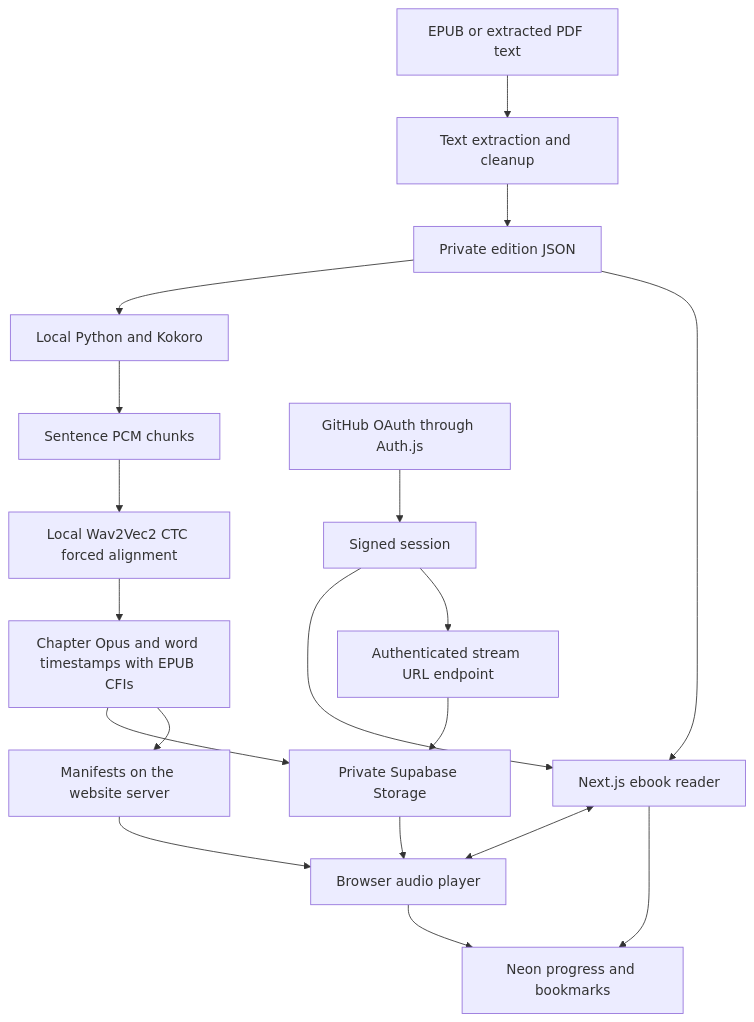
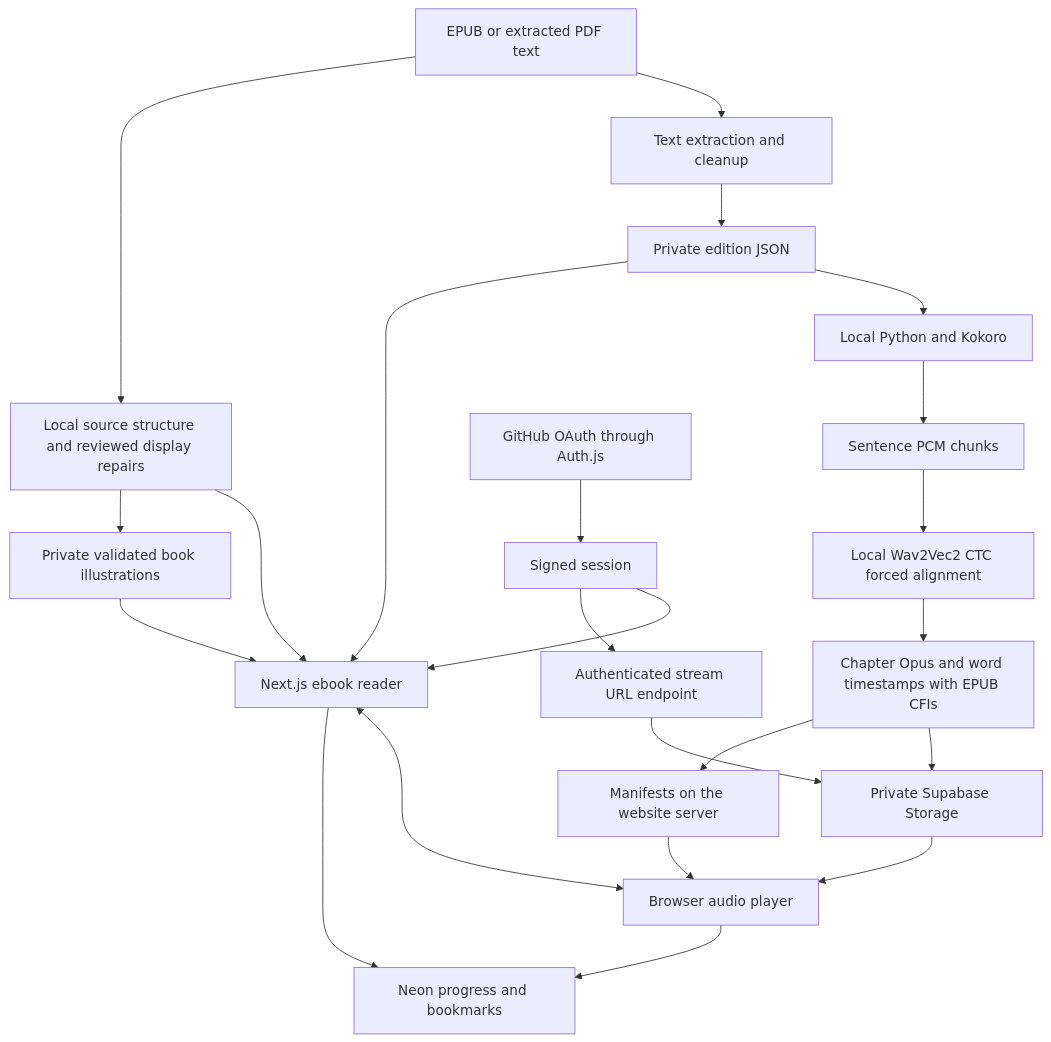
One commit to holsoma/readlay changed the diagram in docs/ARCHITECTURE.md. Above: the diagram before and after it, drawn with Mermaid. The commit also changed other lines of this file and 23 other files, not shown here.

Commit message:
Restore EPUB structure and illustrations with persistent listening controls

````diff
--- a/docs/ARCHITECTURE.md
+++ b/docs/ARCHITECTURE.md
@@ -3,21 +3,25 @@
 ```mermaid
 flowchart TD
   EPUB[EPUB or extracted PDF text] --> Extract[Text extraction and cleanup]
   Extract --> Text[Private edition JSON]
   Text --> Kokoro[Local Python and Kokoro]
   Kokoro --> Sentences[Sentence PCM chunks]
   Sentences --> Align[Local Wav2Vec2 CTC forced alignment]
   Align --> Chapters[Chapter Opus and word timestamps with EPUB CFIs]
   Chapters --> Storage[Private Supabase Storage]
   Chapters --> Manifests[Manifests on the website server]
   Storage --> Player[Browser audio player]
   Manifests --> Player
   Text --> Reader[Next.js ebook reader]
+  EPUB --> Presentation[Local source structure and reviewed display repairs]
+  Presentation --> Reader
+  Presentation --> Images[Private validated book illustrations]
+  Images --> Reader
   Reader <--> Player
   GitHub[GitHub OAuth through Auth.js] --> Session[Signed session]
   Session --> Reader
   Session --> Stream[Authenticated stream URL endpoint]
   Stream --> Storage
   Reader --> Progress[Neon progress and bookmarks]
   Player --> Progress
 ```
````
